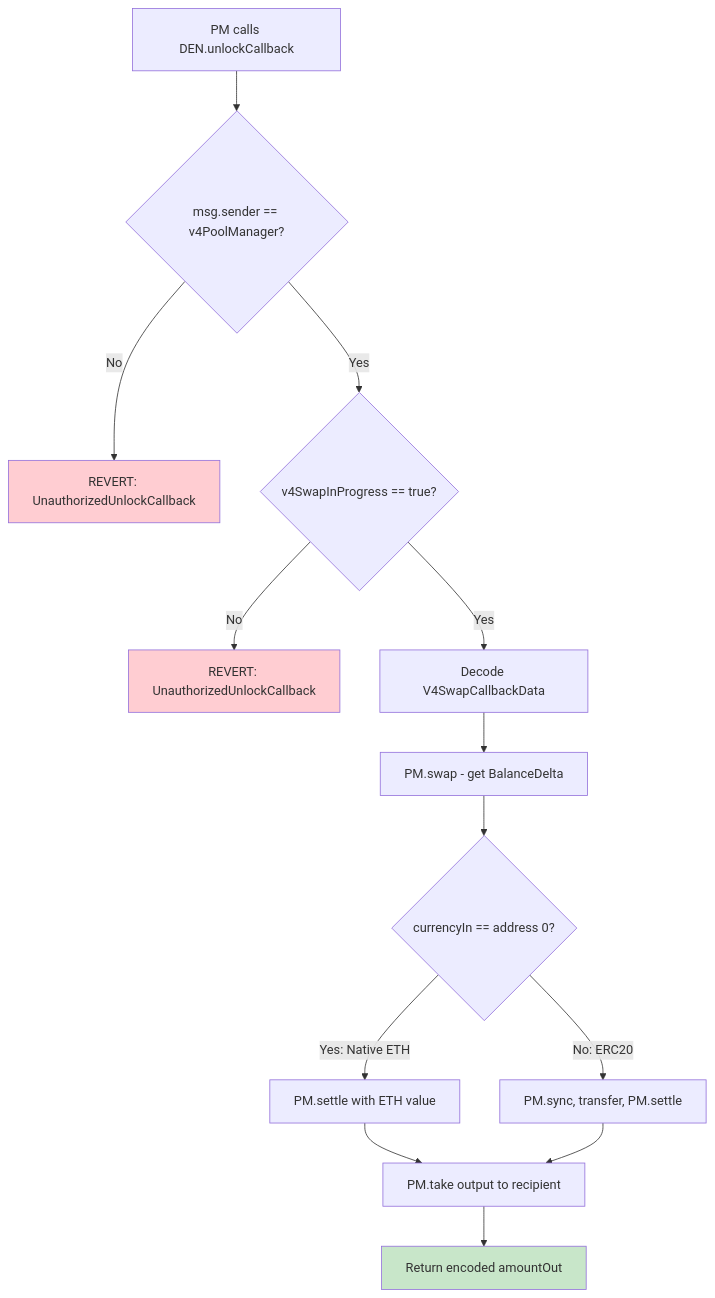
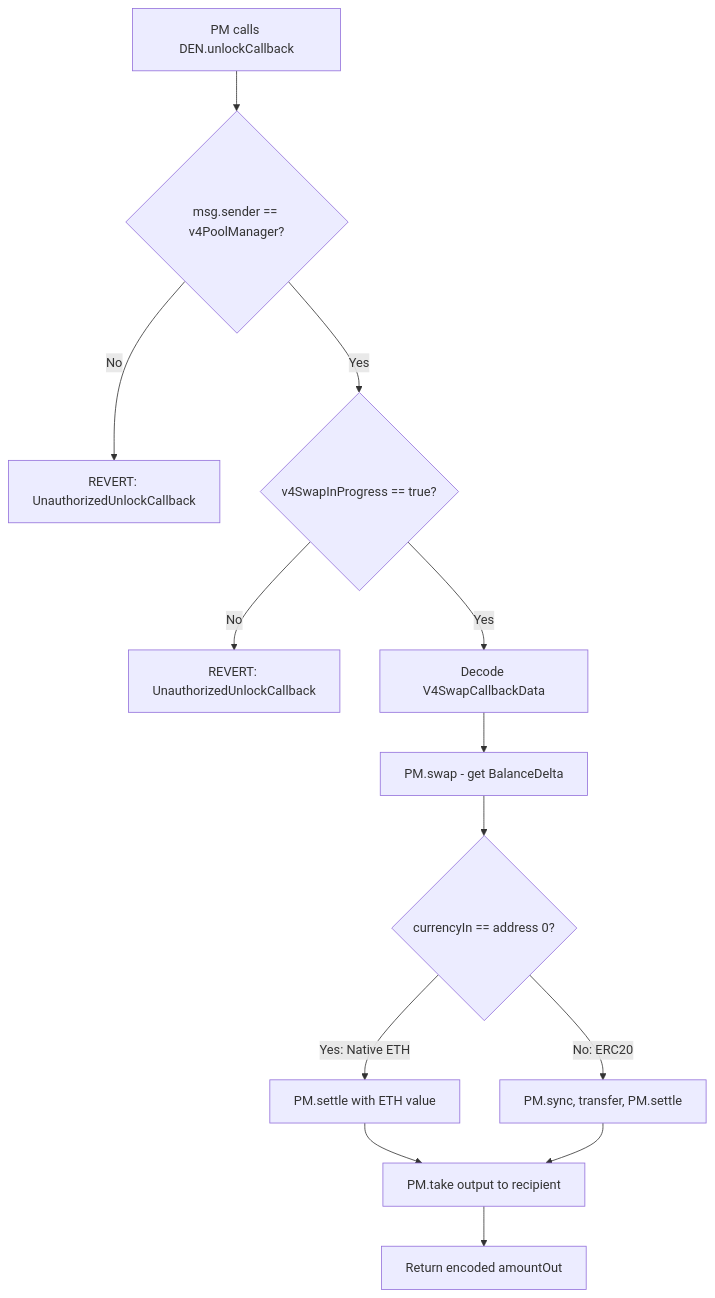
One commit to davidwyly/DEN changed the tenth of 11 diagrams in README.md. Above: the diagram before and after it, drawn with Mermaid. The commit also changed other lines of this file, not shown here.

Commit message:
removed hardcoded colors from mermaid diagrams for dark mode support

````diff
--- a/README.md
+++ b/README.md
@@ -607,19 +590,15 @@
 ```mermaid
 flowchart TD
     A[PM calls DEN.unlockCallback] --> B{msg.sender == v4PoolManager?}
     B -->|No| C[REVERT: UnauthorizedUnlockCallback]
     B -->|Yes| D{v4SwapInProgress == true?}
     D -->|No| E[REVERT: UnauthorizedUnlockCallback]
     D -->|Yes| F[Decode V4SwapCallbackData]
     F --> G[PM.swap - get BalanceDelta]
     G --> H{currencyIn == address 0?}
     H -->|Yes: Native ETH| I[PM.settle with ETH value]
     H -->|No: ERC20| J[PM.sync, transfer, PM.settle]
     I --> K[PM.take output to recipient]
     J --> K
     K --> L[Return encoded amountOut]
-
-    style C fill:#ffcdd2
-    style E fill:#ffcdd2
-    style L fill:#c8e6c9
 ```
````
